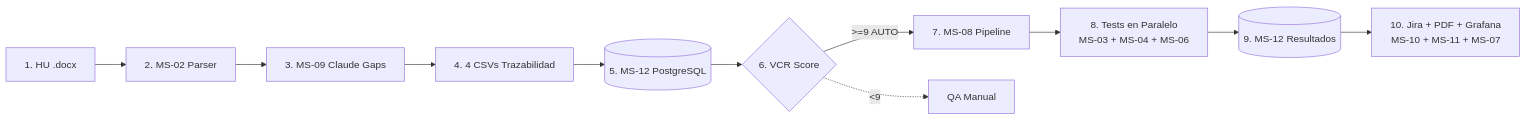
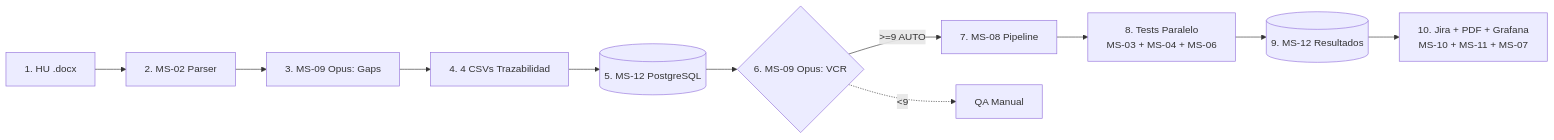
Before and after one commit to E-Gregorio/QASL-NEXUS-LLM: the third of 3 diagrams in diagrama.md, drawn with Mermaid. The commit also changed other lines of this file and 3 other files, not shown here.

````diff
--- a/diagrama.md
+++ b/diagrama.md
@@ -100,13 +117,13 @@
 ```mermaid
 flowchart LR
     A["1. HU .docx"] --> B["2. MS-02 Parser"]
-    B --> C["3. MS-09 Claude Gaps"]
+    B --> C["3. MS-09 Opus: Gaps"]
     C --> D["4. 4 CSVs Trazabilidad"]
     D --> E[("5. MS-12 PostgreSQL")]
-    E --> F{"6. VCR Score"}
+    E --> F{"6. MS-09 Opus: VCR"}
     F -->|">=9 AUTO"| G["7. MS-08 Pipeline"]
     F -.->|"<9"| H["QA Manual"]
-    G --> I["8. Tests en Paralelo<br/>MS-03 + MS-04 + MS-06"]
+    G --> I["8. Tests Paralelo<br/>MS-03 + MS-04 + MS-06"]
     I --> J[("9. MS-12 Resultados")]
     J --> K["10. Jira + PDF + Grafana<br/>MS-10 + MS-11 + MS-07"]
 ```
````
